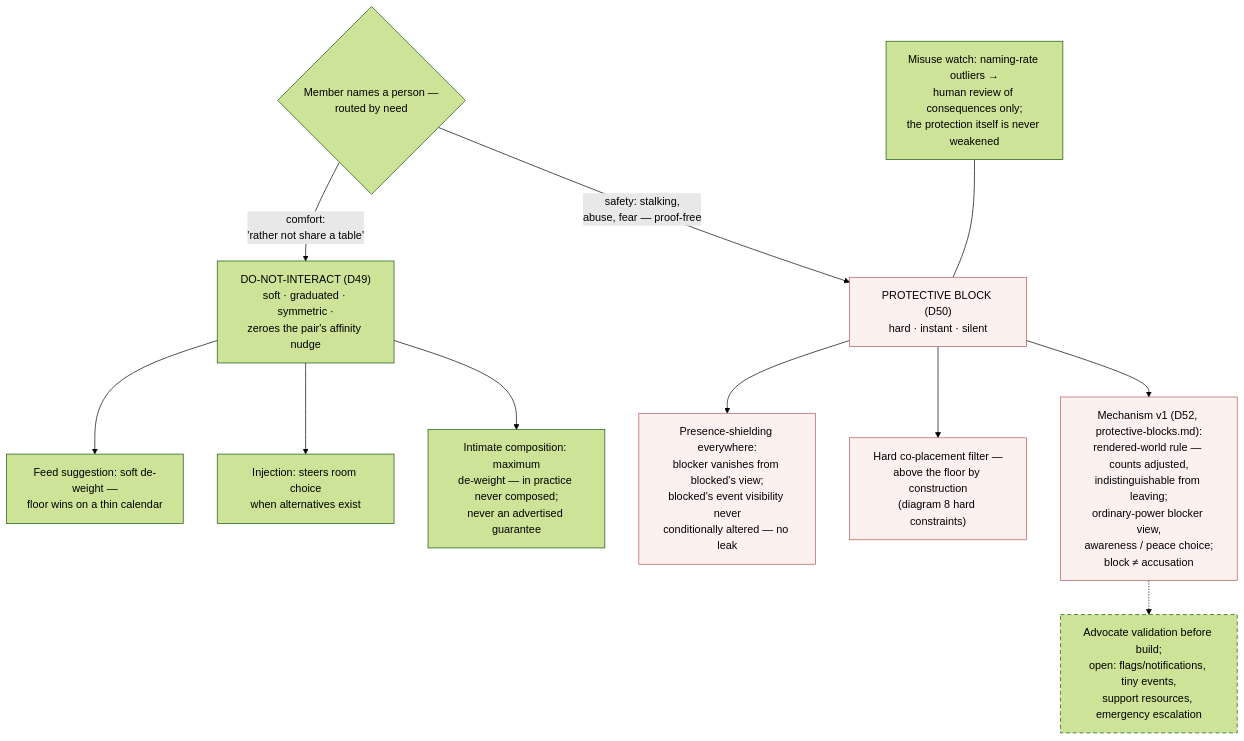
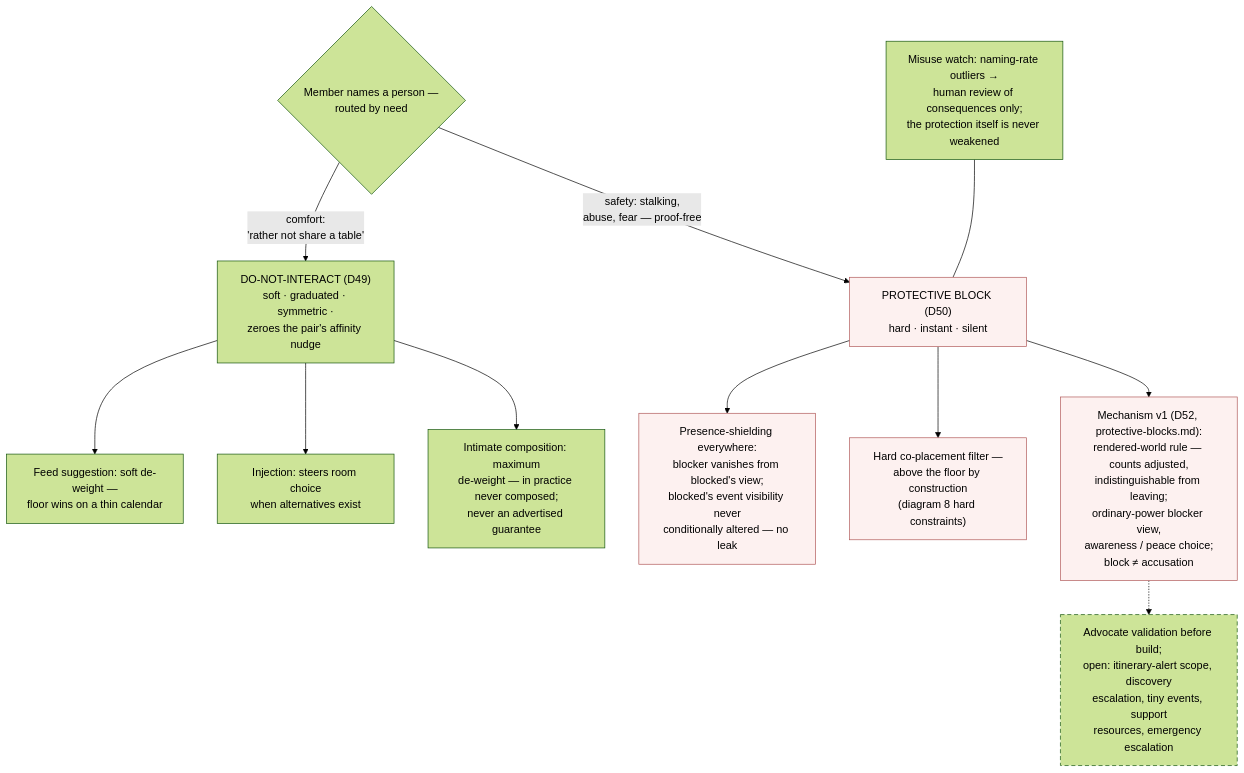
Before and after one commit to majodali/in-real-life: the tenth of 11 diagrams in docs/flows.md, drawn with Mermaid (forest theme). The commit also changed 4 other files, not shown here.

````diff
--- a/docs/flows.md
+++ b/docs/flows.md
@@ -262,16 +262,16 @@
 ```mermaid
 flowchart TB
     classDef req fill:#fdf1f0,stroke:#b05959
     classDef tbd stroke-dasharray: 6 4
 
     NEED{"Member names a person —<br/>routed by need"} -->|"comfort:<br/>'rather not share a table'"| DNI["DO-NOT-INTERACT (D49)<br/>soft · graduated · symmetric ·<br/>zeroes the pair's affinity nudge"]
     NEED -->|"safety: stalking,<br/>abuse, fear — proof-free"| BLK["PROTECTIVE BLOCK (D50)<br/>hard · instant · silent"]:::req
     DNI --> G1["Feed suggestion: soft de-weight —<br/>floor wins on a thin calendar"]
     DNI --> G2["Injection: steers room choice<br/>when alternatives exist"]
     DNI --> G3["Intimate composition: maximum<br/>de-weight — in practice never composed;<br/>never an advertised guarantee"]
     BLK --> B1["Presence-shielding everywhere:<br/>blocker vanishes from blocked's view;<br/>blocked's event visibility never<br/>conditionally altered — no leak"]:::req
     BLK --> B2["Hard co-placement filter —<br/>above the floor by construction<br/>(diagram 8 hard constraints)"]:::req
     BLK --> B3["Mechanism v1 (D52, protective-blocks.md):<br/>rendered-world rule — counts adjusted,<br/>indistinguishable from leaving;<br/>ordinary-power blocker view,<br/>awareness / peace choice;<br/>block ≠ accusation"]:::req
-    B3 -.-> B4["Advocate validation before build;<br/>open: flags/notifications, tiny events,<br/>support resources, emergency escalation"]:::tbd
+    B3 -.-> B4["Advocate validation before build;<br/>open: itinerary-alert scope, discovery<br/>escalation, tiny events, support<br/>resources, emergency escalation"]:::tbd
     MIS["Misuse watch: naming-rate outliers →<br/>human review of consequences only;<br/>the protection itself is never weakened"] --- BLK
 ```
````
